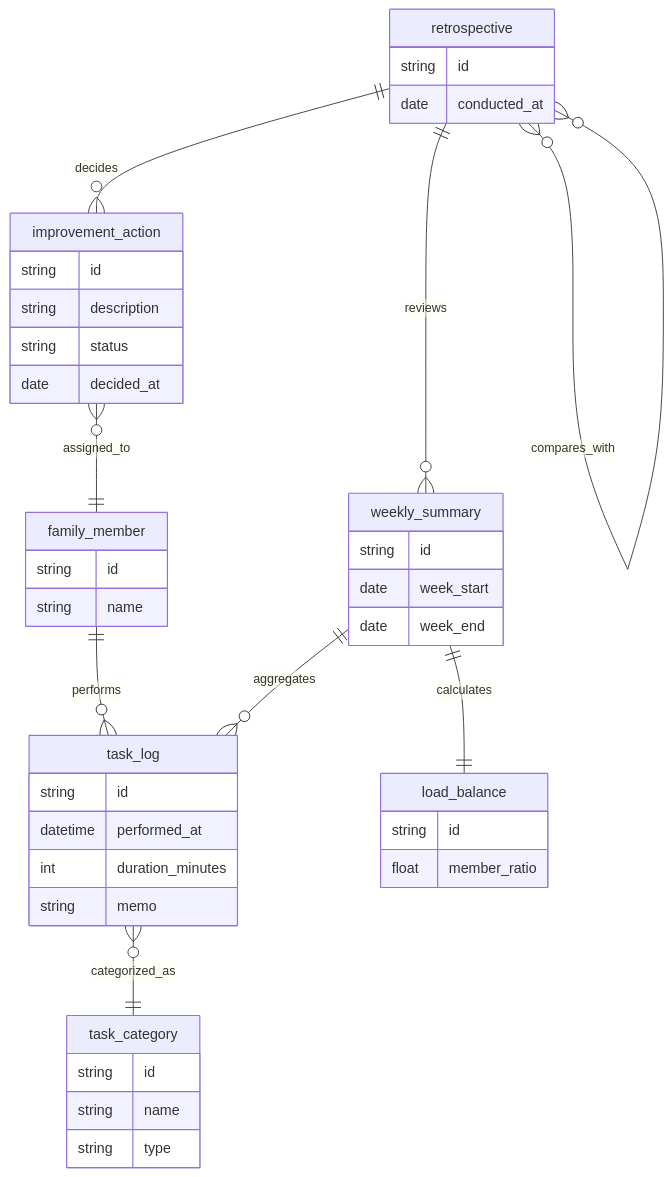
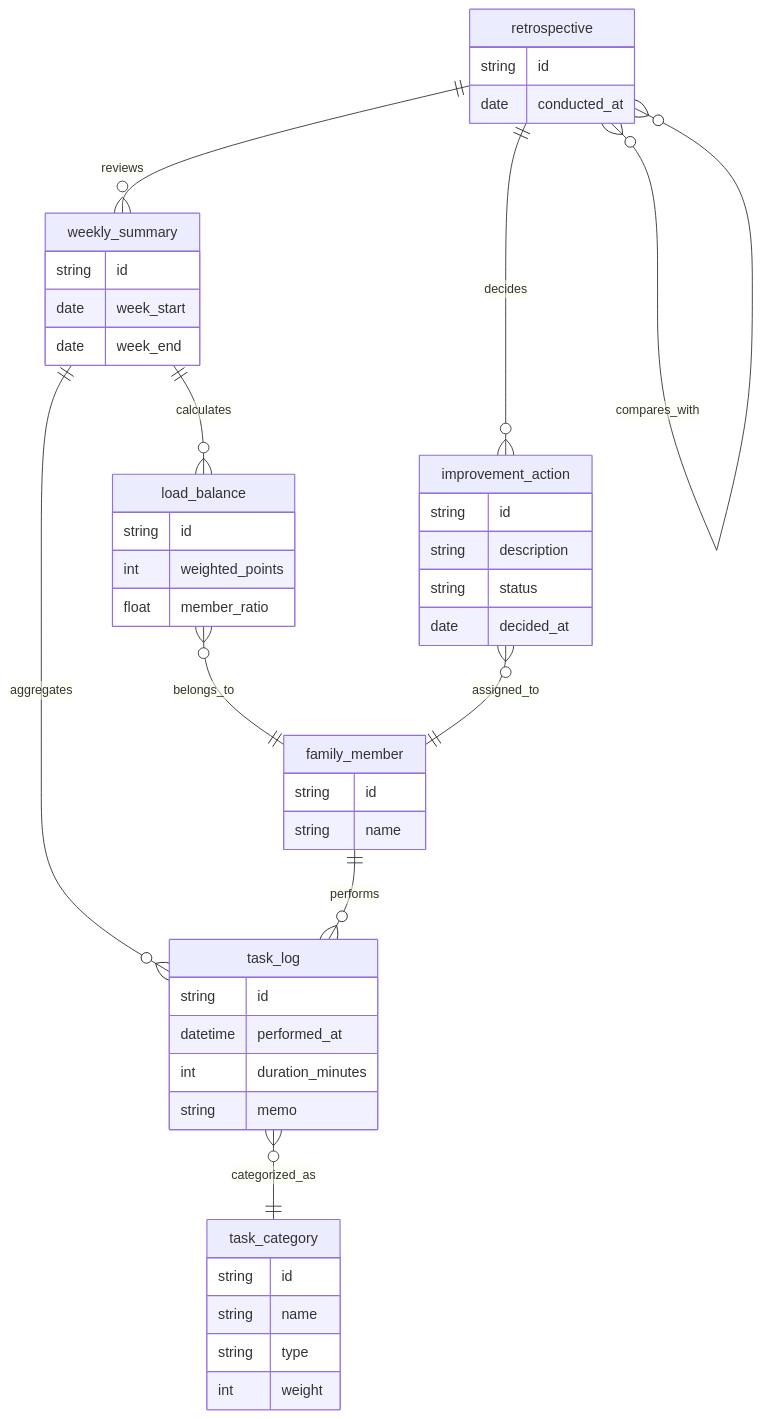
One commit to yoji-0716/domestic-postmortem changed the first of 2 diagrams in docs/design/domain-model.md. Above: the diagram before and after it, drawn with Mermaid. The commit also changed other lines of this file and 35 other files, not shown here.

````diff
--- a/docs/design/domain-model.md
+++ b/docs/design/domain-model.md
@@ -1,46 +1,49 @@
 ```mermaid
 erDiagram
     family_member {
         string id
         string name
     }
     task_category {
         string id
         string name
         string type
+        int weight
     }
     task_log {
         string id
         datetime performed_at
         int duration_minutes
         string memo
     }
     weekly_summary {
         string id
         date week_start
         date week_end
     }
     load_balance {
         string id
+        int weighted_points
         float member_ratio
     }
     improvement_action {
         string id
         string description
         string status
         date decided_at
     }
     retrospective {
         string id
         date conducted_at
     }
 
     family_member ||--o{ task_log : "performs"
     task_log }o--|| task_category : "categorized_as"
     weekly_summary ||--o{ task_log : "aggregates"
-    weekly_summary ||--|| load_balance : "calculates"
+    weekly_summary ||--o{ load_balance : "calculates"
+    load_balance }o--|| family_member : "belongs_to"
     retrospective ||--o{ weekly_summary : "reviews"
     retrospective ||--o{ improvement_action : "decides"
     retrospective }o--o{ retrospective : "compares_with"
     improvement_action }o--|| family_member : "assigned_to"
 ```
````
